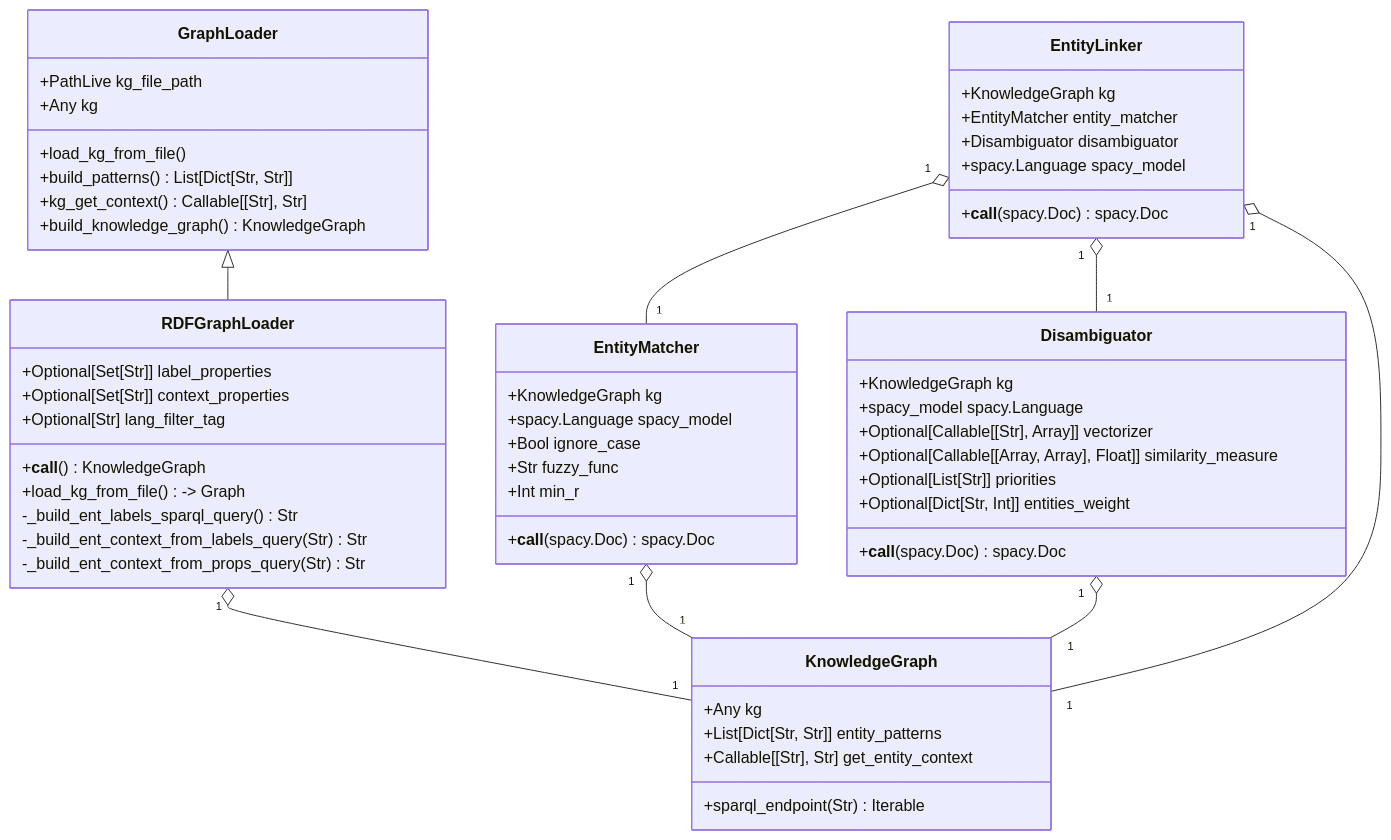
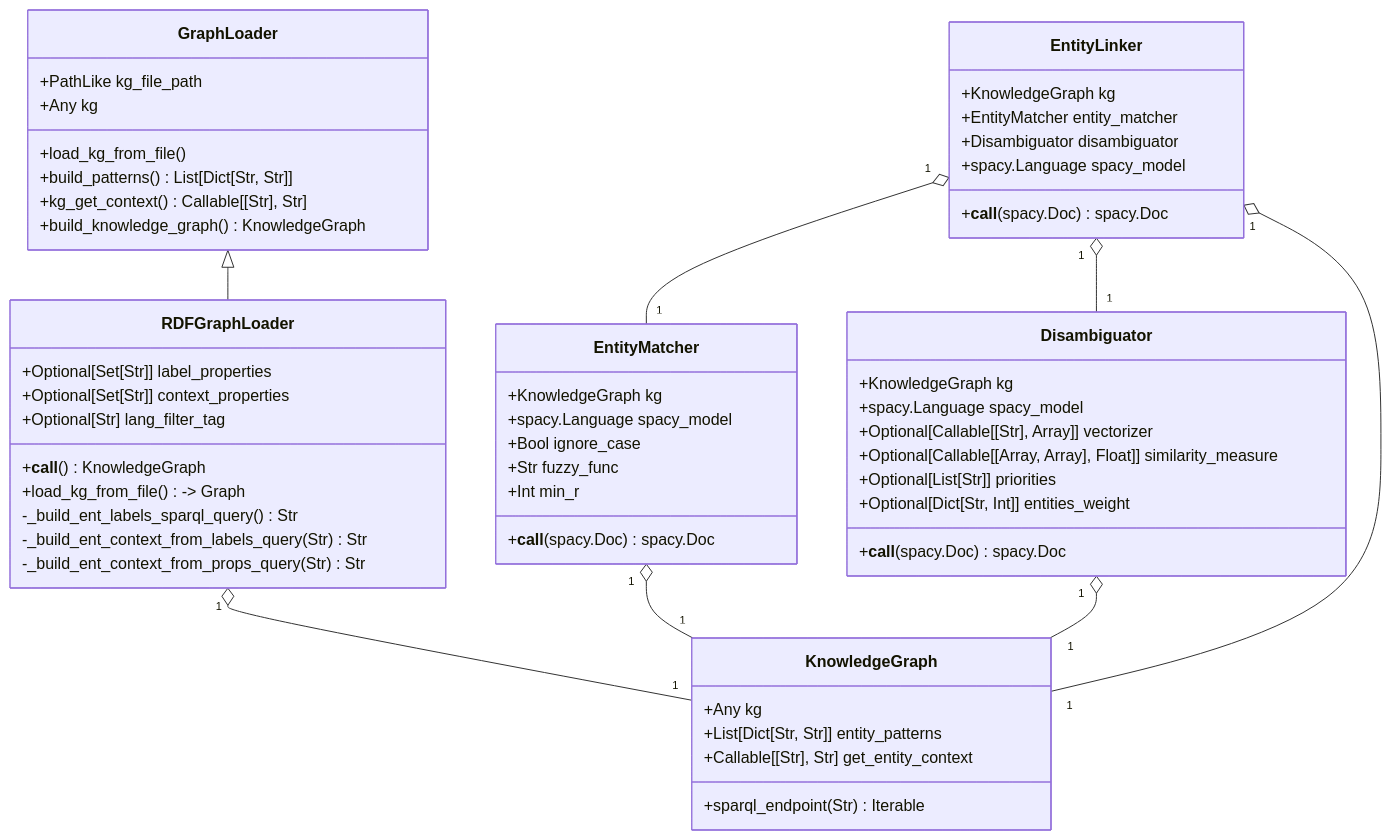
Before and after one commit to schmarion/buzz-el: the diagram in docs/dev_doc.md, drawn with Mermaid.

Commit message:
small corrections

````diff
--- a/docs/dev_doc.md
+++ b/docs/dev_doc.md
@@ -5,71 +5,71 @@
 ```mermaid
 classDiagram
 	class EntityLinker{
 		+KnowledgeGraph kg
         +EntityMatcher entity_matcher
 		+Disambiguator disambiguator
         +spacy.Language spacy_model
 
 		+__call__(spacy.Doc) spacy.Doc
 	}
 
 	class EntityMatcher {
         +KnowledgeGraph kg
         +spacy.Language spacy_model
         +Bool ignore_case
         +Str fuzzy_func
         +Int min_r
 
         +__call__(spacy.Doc) spacy.Doc
 	}
 
     class GraphLoader{
-        +PathLive kg_file_path
+        +PathLike kg_file_path
         +Any kg
 
         +load_kg_from_file()
         +build_patterns() List[Dict[Str, Str]]
         +kg_get_context() Callable[[Str], Str]
         +build_knowledge_graph() KnowledgeGraph
     }
 
     class RDFGraphLoader{
         +Optional[Set[Str]] label_properties
         +Optional[Set[Str]] context_properties
         +Optional[Str] lang_filter_tag
 
         +__call__() KnowledgeGraph
         +load_kg_from_file() -> Graph
         -_build_ent_labels_sparql_query() Str
         -_build_ent_context_from_labels_query(Str) Str
         -_build_ent_context_from_props_query(Str) Str
     }
 
 	class KnowledgeGraph{
         +Any kg
         +List[Dict[Str, Str]] entity_patterns
         +Callable[[Str], Str] get_entity_context
 
         +sparql_endpoint(Str) Iterable
 	}
 
 	class Disambiguator{
 		+KnowledgeGraph kg
-        +spacy_model spacy.Language
+        +spacy.Language spacy_model
         +Optional[Callable[[Str], Array]] vectorizer
         +Optional[Callable[[Array, Array], Float]] similarity_measure
         +Optional[List[Str]] priorities
         +Optional[Dict[Str, Int]] entities_weight
 
         +__call__(spacy.Doc) spacy.Doc
 	}
 
 
     GraphLoader <|-- RDFGraphLoader
     RDFGraphLoader "1" o-- "1" KnowledgeGraph
     EntityMatcher "1" o-- "1" KnowledgeGraph
     Disambiguator "1" o-- "1" KnowledgeGraph
     EntityLinker "1" o-- "1" KnowledgeGraph
     EntityLinker "1" o-- "1" EntityMatcher
     EntityLinker "1" o-- "1" Disambiguator
 ```
````
